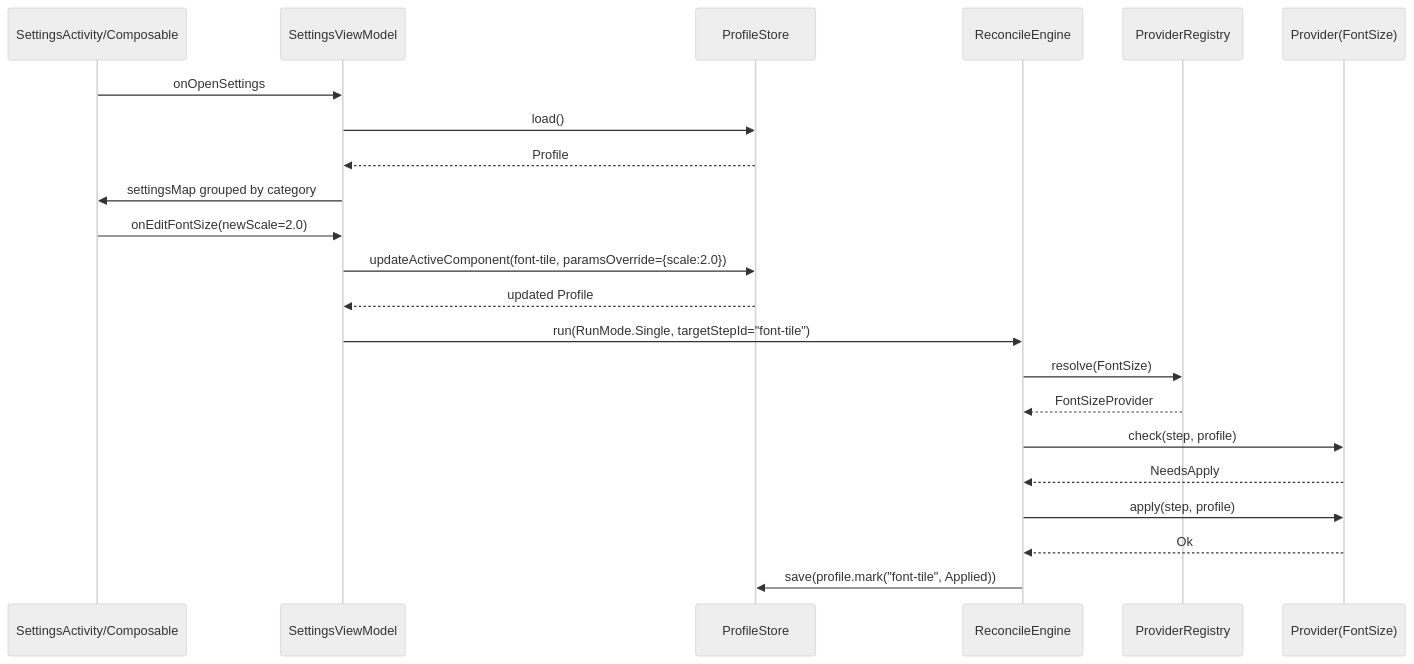
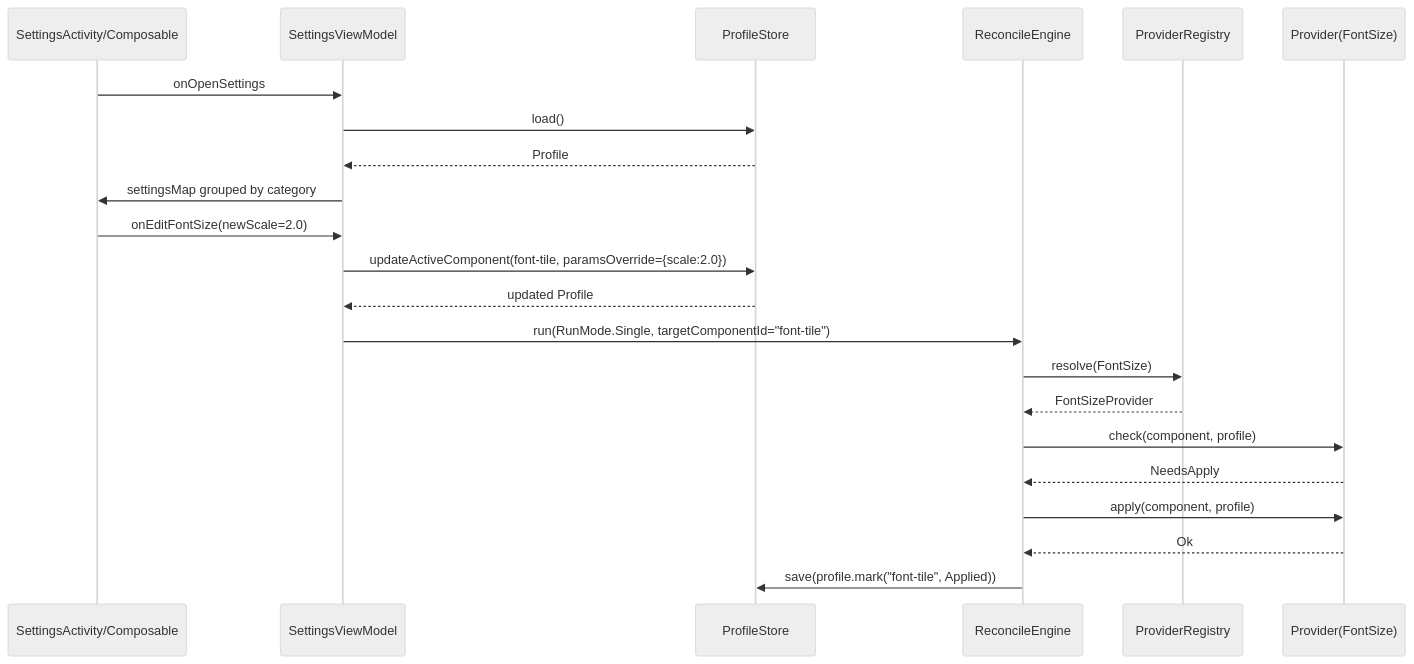
One commit to jeromwork/launcher changed the fourth of 6 diagrams in specs/task-120-preset-composition-foundation/spec.md. Above: the diagram before and after it, drawn with Mermaid (neutral theme). The commit also changed other lines of this file and 4 other files, not shown here.

````diff
--- a/specs/task-120-preset-composition-foundation/spec.md
+++ b/specs/task-120-preset-composition-foundation/spec.md
@@ -359,24 +403,24 @@
 ```mermaid
 sequenceDiagram
   participant UI as SettingsActivity/Composable
   participant VM as SettingsViewModel
   participant PS as ProfileStore
   participant EN as ReconcileEngine
   participant PR as ProviderRegistry
   participant AD as Provider(FontSize)
   UI->>VM: onOpenSettings
   VM->>PS: load()
   PS-->>VM: Profile
   VM->>UI: settingsMap grouped by category
   UI->>VM: onEditFontSize(newScale=2.0)
   VM->>PS: updateActiveComponent(font-tile, paramsOverride={scale:2.0})
   PS-->>VM: updated Profile
-  VM->>EN: run(RunMode.Single, targetStepId="font-tile")
+  VM->>EN: run(RunMode.Single, targetComponentId="font-tile")
   EN->>PR: resolve(FontSize)
   PR-->>EN: FontSizeProvider
-  EN->>AD: check(step, profile)
+  EN->>AD: check(component, profile)
   AD-->>EN: NeedsApply
-  EN->>AD: apply(step, profile)
+  EN->>AD: apply(component, profile)
   AD-->>EN: Ok
   EN->>PS: save(profile.mark("font-tile", Applied))
 ```
````
